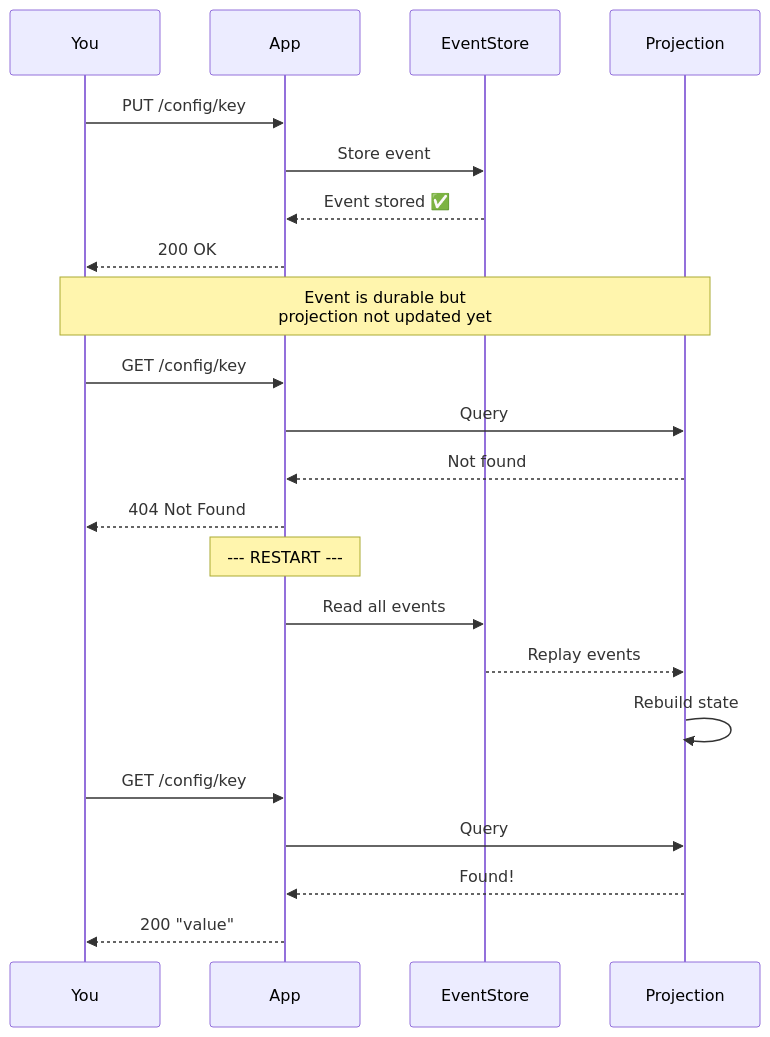
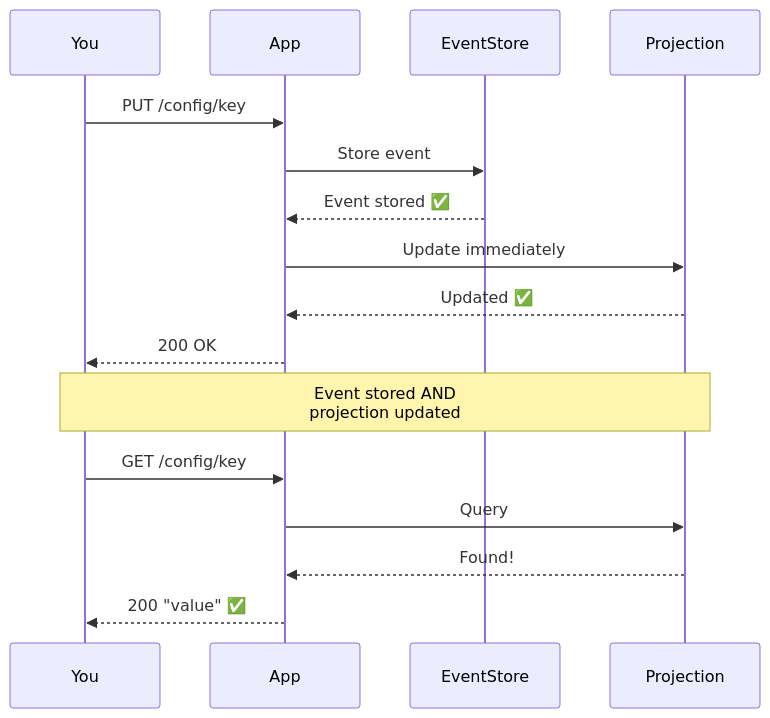
Before and after one commit to marcopaga/config_api: the second of 2 diagrams in docs/guides/quick-start.md, drawn with Mermaid. The commit also changed other lines of this file and 1 other file, not shown here.

````diff
--- a/docs/guides/quick-start.md
+++ b/docs/guides/quick-start.md
@@ -247,30 +243,21 @@
 ```mermaid
 sequenceDiagram
     participant You
     participant App
     participant EventStore
     participant Projection
 
     You->>App: PUT /config/key
     App->>EventStore: Store event
     EventStore-->>App: Event stored ✅
+    App->>Projection: Update immediately
+    Projection-->>App: Updated ✅
     App-->>You: 200 OK
 
-    Note over You,Projection: Event is durable but<br/>projection not updated yet
-
-    You->>App: GET /config/key
-    App->>Projection: Query
-    Projection-->>App: Not found
-    App-->>You: 404 Not Found
-
-    Note over App: --- RESTART ---
-
-    App->>EventStore: Read all events
-    EventStore-->>Projection: Replay events
-    Projection->>Projection: Rebuild state
+    Note over You,Projection: Event stored AND<br/>projection updated
 
     You->>App: GET /config/key
     App->>Projection: Query
     Projection-->>App: Found!
-    App-->>You: 200 "value"
+    App-->>You: 200 "value" ✅
 ```
````
